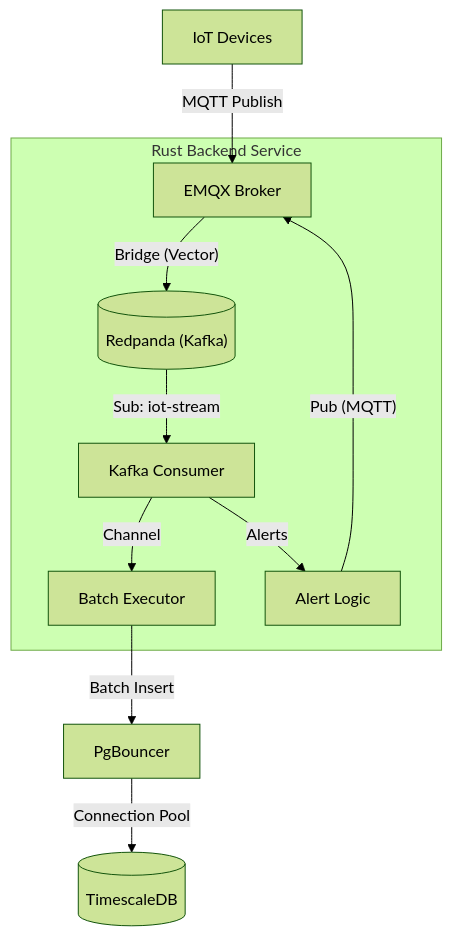
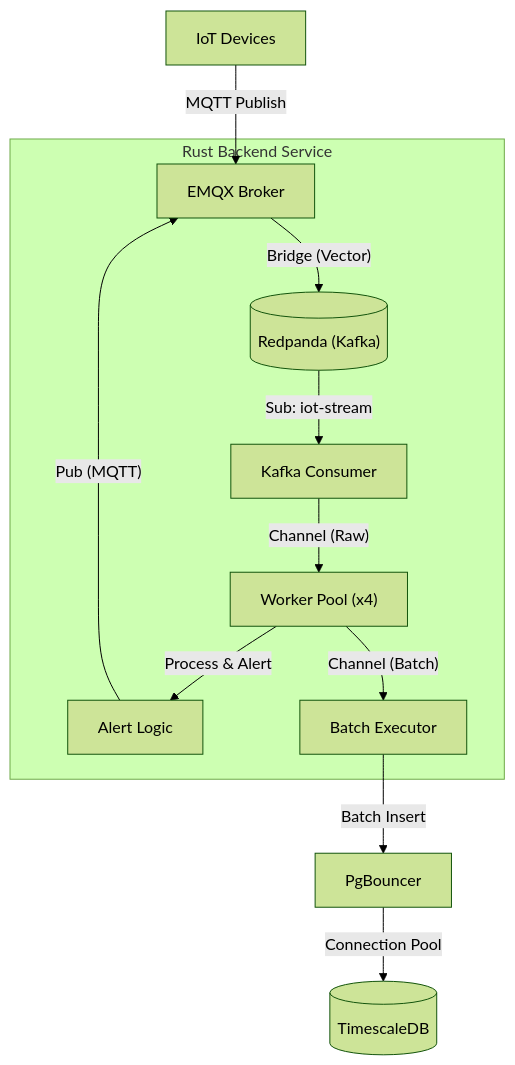
One commit to anandcpanchal/rust-mqtt-ingestor changed the diagram in README.md. Above: the diagram before and after it, drawn with Mermaid (forest theme). The commit also changed other lines of this file and 8 other files, not shown here.

````diff
--- a/README.md
+++ b/README.md
@@ -10,15 +10,16 @@
 ```mermaid
 graph TD
     Devices["IoT Devices"] -->|MQTT Publish| EMQX["EMQX Broker"]
     EMQX -->|"Bridge (Vector)"| Redpanda[("Redpanda (Kafka)")]
     
     subgraph "Rust Backend Service"
         Redpanda -->|Sub: iot-stream| Consumer["Kafka Consumer"]
-        Consumer -->|"Channel"| Executor["Batch Executor"]
-        Consumer -->|Alerts| AlertLogic["Alert Logic"]
+        Consumer -->|"Channel (Raw)"| WorkerPool["Worker Pool (x4)"]
+        WorkerPool -->|Process & Alert| AlertLogic["Alert Logic"]
         AlertLogic -->|"Pub (MQTT)"| EMQX
+        WorkerPool -->|"Channel (Batch)"| Executor["Batch Executor"]
     end
     
     Executor -->|"Batch Insert"| PgBouncer
     PgBouncer -->|"Connection Pool"| TimescaleDB[("TimescaleDB")]
 ```
````
